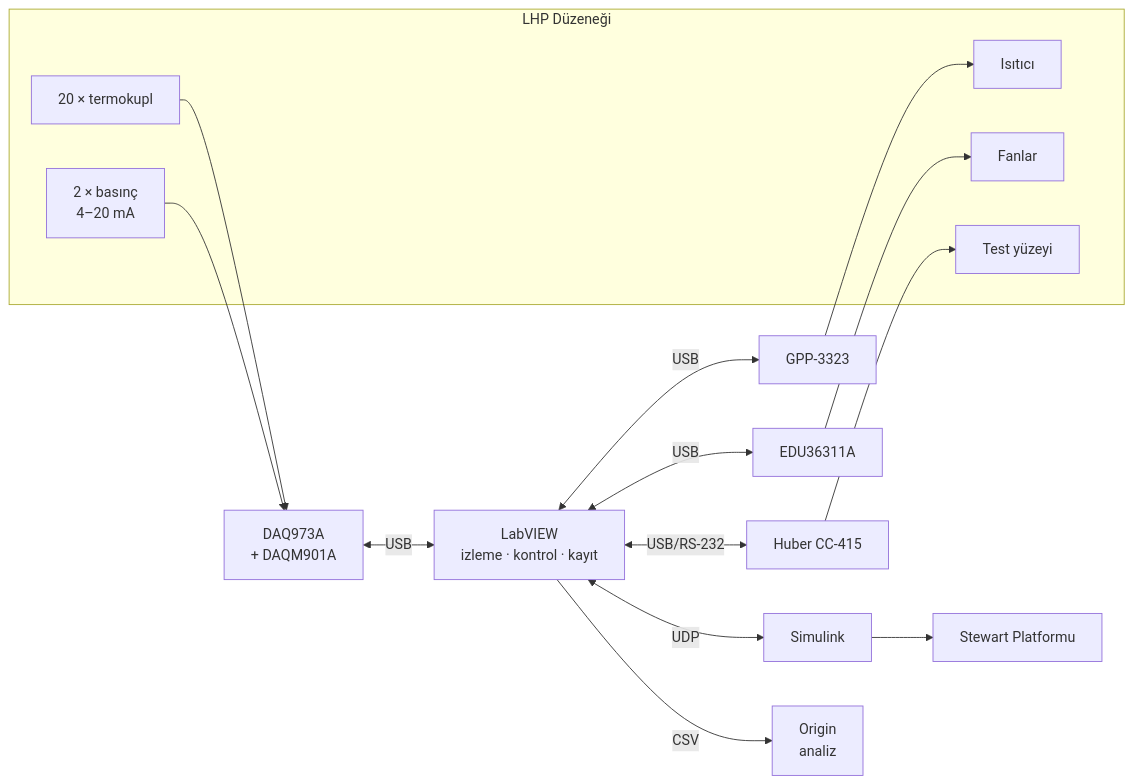
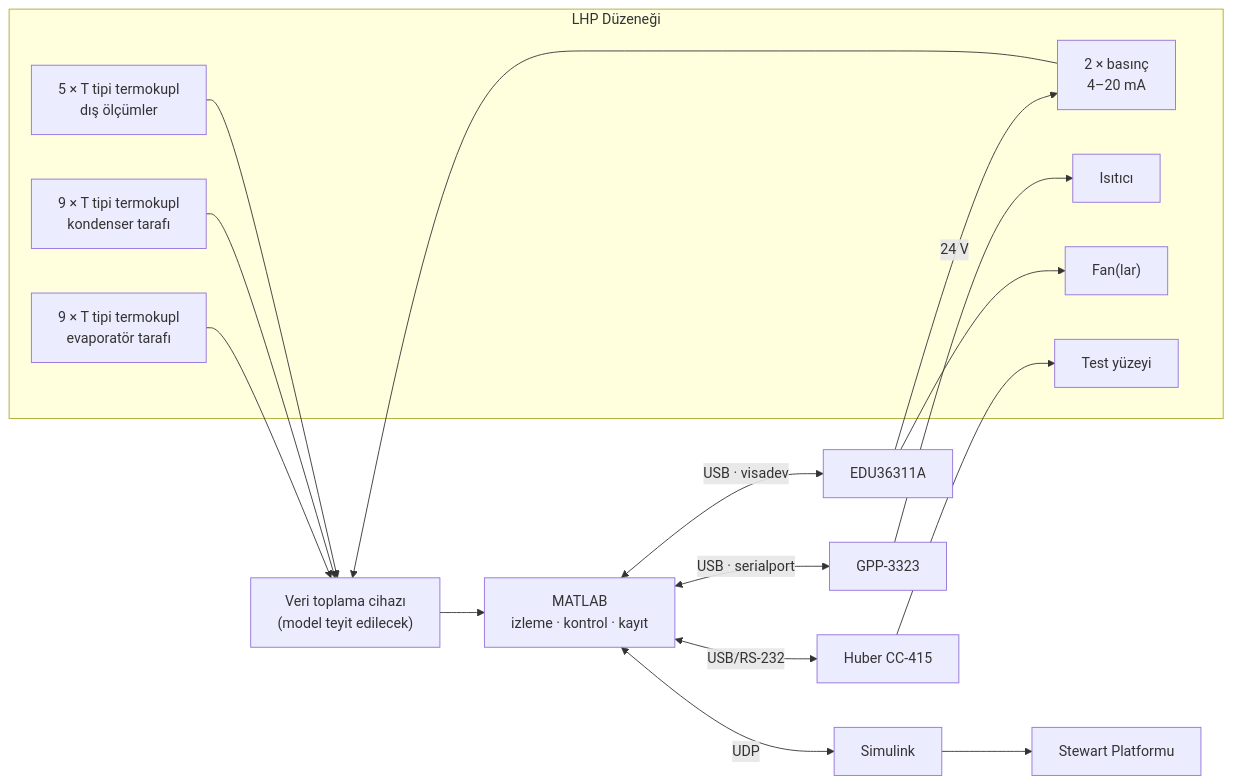
One commit to ygunaay-creator/Loop-Heat-Pipe-Control changed the diagram in README.md. Above: the diagram before and after it, drawn with Mermaid. The commit also changed other lines of this file and 22 other files, not shown here.

First line of the commit message:
MATLAB'a geçiş, yeni DAQ ve 23 T tipi termokupl planı

````diff
--- a/README.md
+++ b/README.md
@@ -39,27 +40,30 @@
 ```mermaid
 flowchart LR
     subgraph LHP["LHP Düzeneği"]
-        TC["20 × termokupl"]
+        TCE["9 × T tipi termokupl<br/>evaporatör tarafı"]
+        TCC["9 × T tipi termokupl<br/>kondenser tarafı"]
+        TCX["5 × T tipi termokupl<br/>dış ölçümler"]
         PT["2 × basınç<br/>4–20 mA"]
         H["Isıtıcı"]
-        F["Fanlar"]
+        F["Fan(lar)"]
         S["Test yüzeyi"]
     end
-    DAQ["DAQ973A<br/>+ DAQM901A"]
+    DAQ["Veri toplama cihazı<br/>(model teyit edilecek)"]
     GPP["GPP-3323"]
     EDU["EDU36311A"]
     CH["Huber CC-415"]
-    LV["LabVIEW<br/>izleme · kontrol · kayıt"]
+    ML["MATLAB<br/>izleme · kontrol · kayıt"]
     SL["Simulink"]
     SP["Stewart Platformu"]
-    OR["Origin<br/>analiz"]
 
-    TC --> DAQ
+    TCE --> DAQ
+    TCC --> DAQ
+    TCX --> DAQ
     PT --> DAQ
-    DAQ <-->|USB| LV
-    LV <-->|USB| GPP --> H
-    LV <-->|USB| EDU --> F
-    LV <-->|USB/RS-232| CH --> S
-    LV <-->|UDP| SL --> SP
-    LV -->|CSV| OR
+    DAQ --> ML
+    ML <-->|USB · serialport| GPP --> H
+    ML <-->|USB · visadev| EDU --> F
+    EDU -->|24 V| PT
+    ML <-->|USB/RS-232| CH --> S
+    ML <-->|UDP| SL --> SP
 ```
````
